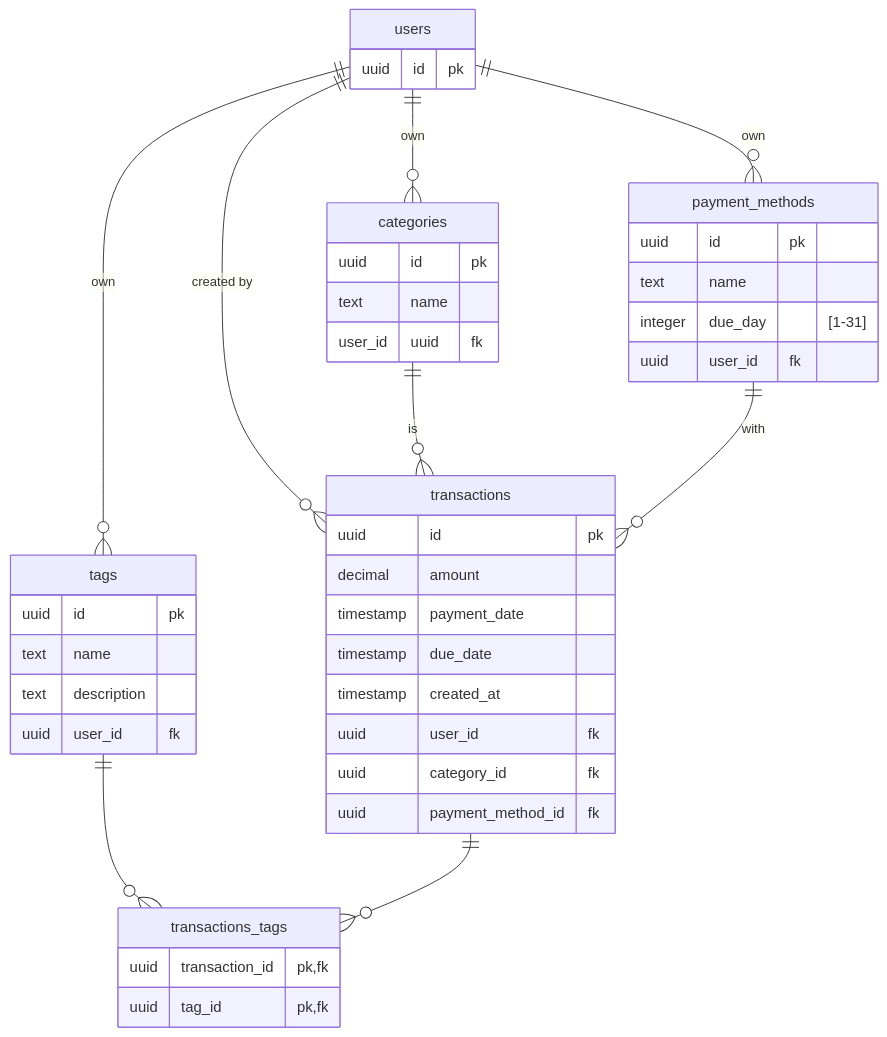
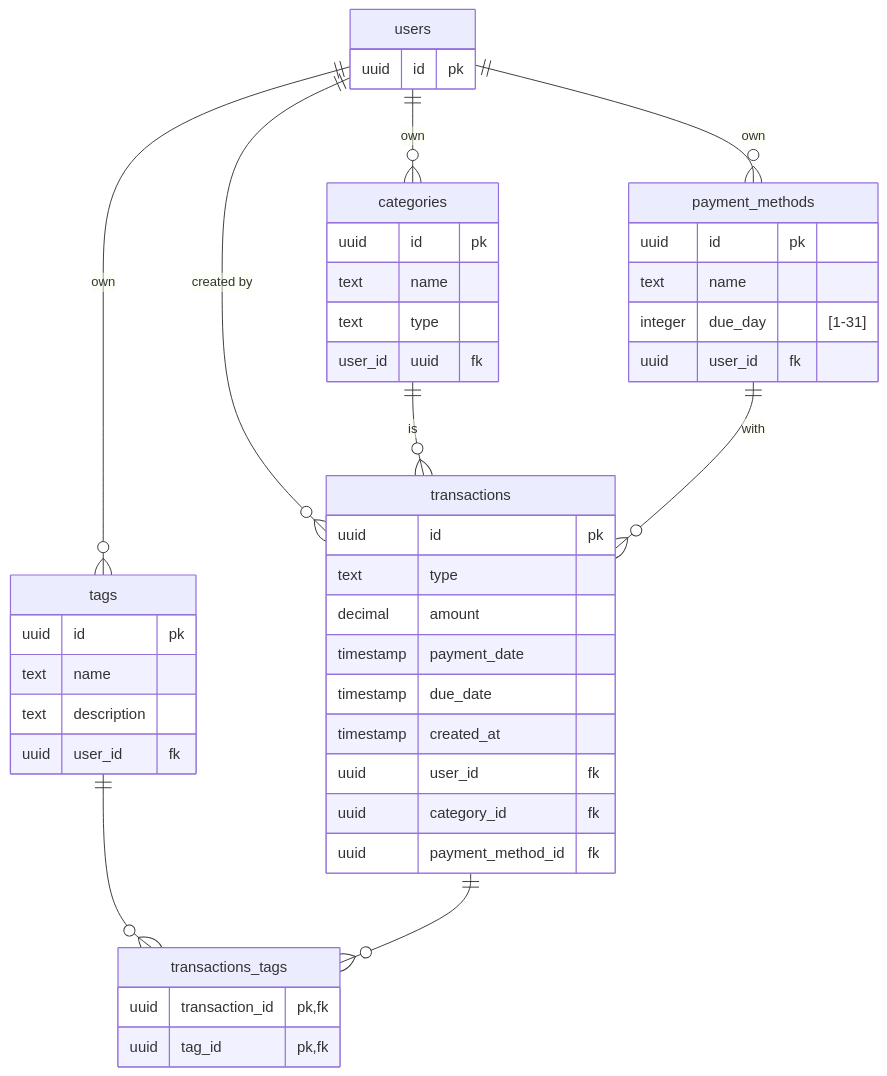
One commit to gabrielpandrade/financeiro changed the diagram in docs/diagrams/ER.md. Above: the diagram before and after it, drawn with Mermaid. The commit also changed 2 other files, not shown here.

Commit message:
update: navbar and sidebar refactor

````diff
--- a/docs/diagrams/ER.md
+++ b/docs/diagrams/ER.md
@@ -1,56 +1,58 @@
 ```mermaid
 erDiagram
     users {
         uuid id pk
     }
 
     tags {
         uuid id pk
         text name
         text description
         uuid user_id fk
     }
 
     transactions_tags {
         uuid transaction_id pk,fk
         uuid tag_id pk,fk
     }
 
     categories {
         uuid id pk
         text name
+        text type
         user_id uuid fk
     }
 
     payment_methods {
         uuid id pk
         text name
         integer due_day "[1-31]" 
         uuid user_id fk
     }
 
     transactions {
         uuid id pk
+        text type
         decimal amount
         timestamp payment_date
         timestamp due_date
         timestamp created_at
         uuid user_id fk
         uuid category_id fk
         uuid payment_method_id fk
     }
 
     users ||--o{ tags : "own"
     users ||--o{ categories : "own"
     users ||--o{ payment_methods : "own"
     users ||--o{ transactions : "created by"
 
     tags ||--o{ transactions_tags : ""
 
     transactions ||--o{ transactions_tags : ""
 
     categories ||--o{ transactions : "is"
 
     payment_methods ||--o{ transactions : "with"
 
 ```
````
